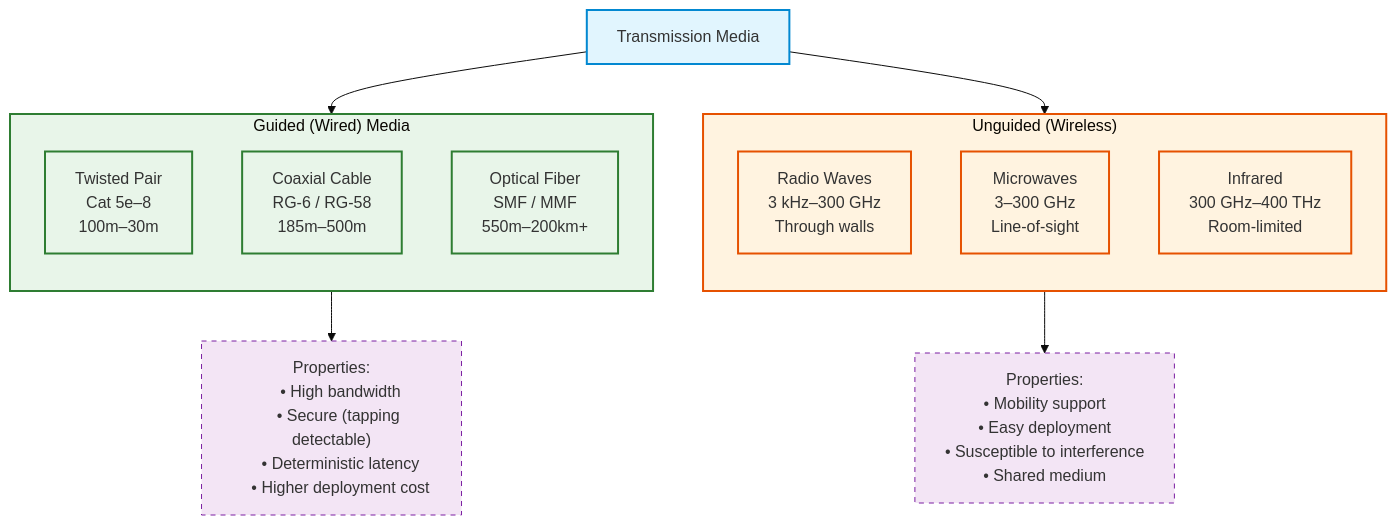
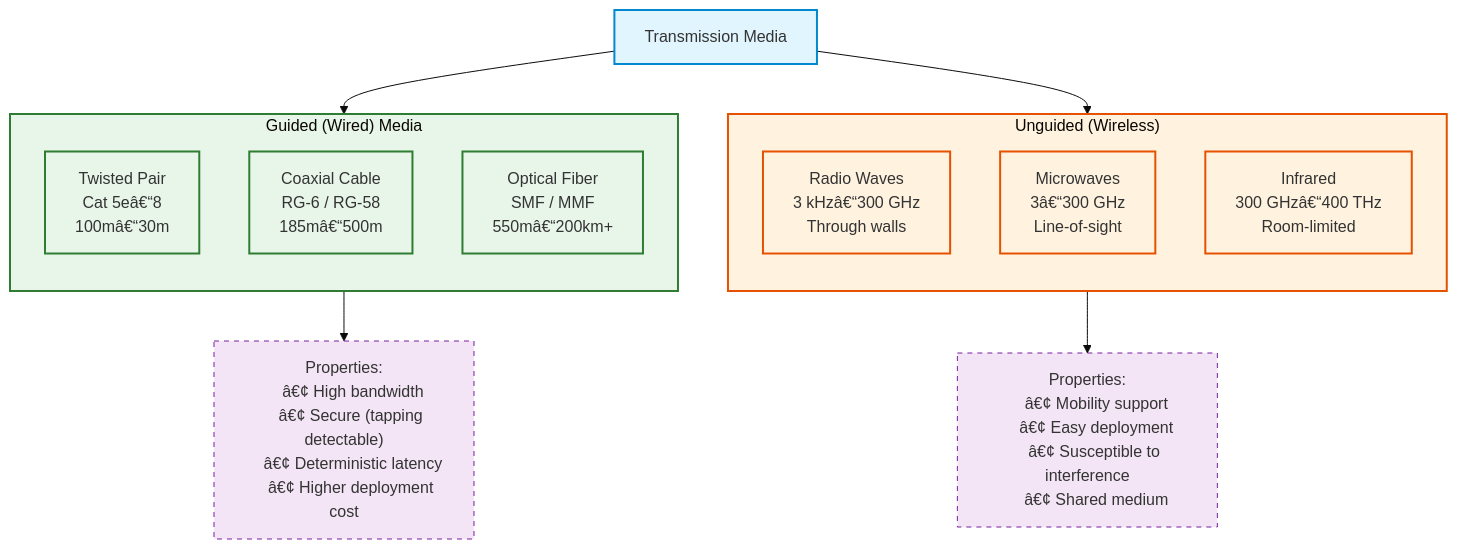
One commit to Raushan666java/ai-engineering-journey changed the second of 4 diagrams in docs/courses/computer-networks/02-physical-layer.md. Above: the diagram before and after it, drawn with Mermaid (base theme). The commit also changed other lines of this file and 735 other files, not shown here.

````diff
--- a/docs/courses/computer-networks/02-physical-layer.md
+++ b/docs/courses/computer-networks/02-physical-layer.md
@@ -79,41 +79,41 @@
 ```mermaid
 flowchart TB
     subgraph Guided["Guided (Wired) Media"]
         direction TB
-        TP["Twisted Pair<br/>Cat 5e–8<br/>100m–30m"]
-        Coax["Coaxial Cable<br/>RG-6 / RG-58<br/>185m–500m"]
-        Fiber["Optical Fiber<br/>SMF / MMF<br/>550m–200km+"]
+        TP["Twisted Pair<br/>Cat 5eâ€“8<br/>100mâ€“30m"]
+        Coax["Coaxial Cable<br/>RG-6 / RG-58<br/>185mâ€“500m"]
+        Fiber["Optical Fiber<br/>SMF / MMF<br/>550mâ€“200km+"]
     end
 
     subgraph Unguided["Unguided (Wireless)"]
         direction TB
-        Radio["Radio Waves<br/>3 kHz–300 GHz<br/>Through walls"]
-        MW["Microwaves<br/>3–300 GHz<br/>Line-of-sight"]
-        IR["Infrared<br/>300 GHz–400 THz<br/>Room-limited"]
+        Radio["Radio Waves<br/>3 kHzâ€“300 GHz<br/>Through walls"]
+        MW["Microwaves<br/>3â€“300 GHz<br/>Line-of-sight"]
+        IR["Infrared<br/>300 GHzâ€“400 THz<br/>Room-limited"]
     end
 
     Media["Transmission Media"] --> Guided
     Media --> Unguided
 
     Guided --> GuidedProps["Properties:
-    • High bandwidth
-    • Secure (tapping detectable)
-    • Deterministic latency
-    • Higher deployment cost"]
+    â€¢ High bandwidth
+    â€¢ Secure (tapping detectable)
+    â€¢ Deterministic latency
+    â€¢ Higher deployment cost"]
 
     Unguided --> UnguidedProps["Properties:
-    • Mobility support
-    • Easy deployment
-    • Susceptible to interference
-    • Shared medium"]
+    â€¢ Mobility support
+    â€¢ Easy deployment
+    â€¢ Susceptible to interference
+    â€¢ Shared medium"]
 
     classDef gui fill:#e8f5e9,stroke:#2e7d32,stroke-width:2px
     classDef ungu fill:#fff3e0,stroke:#e65100,stroke-width:2px
     classDef props fill:#f3e5f5,stroke:#7b1fa2,stroke-width:1px,stroke-dasharray:5
     classDef root fill:#e1f5fe,stroke:#0288d1,stroke-width:2px
 
     class Guided,TP,Coax,Fiber gui
     class Unguided,Radio,MW,IR ungu
     class GuidedProps,UnguidedProps props
     class Media root
 ```
````
